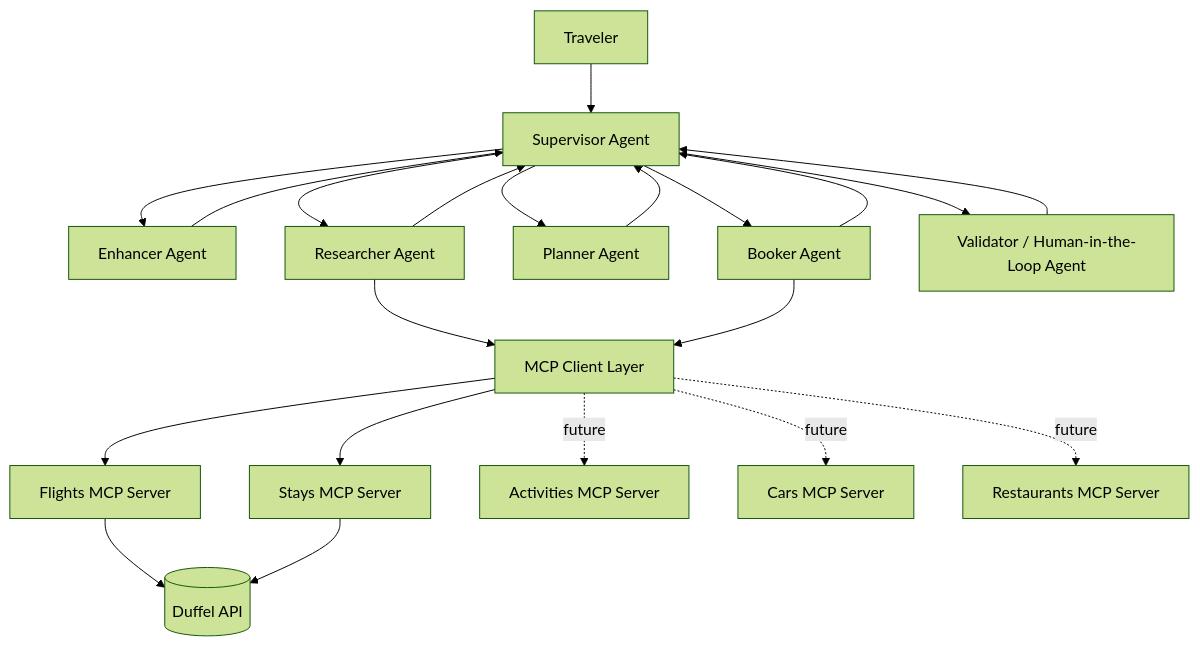
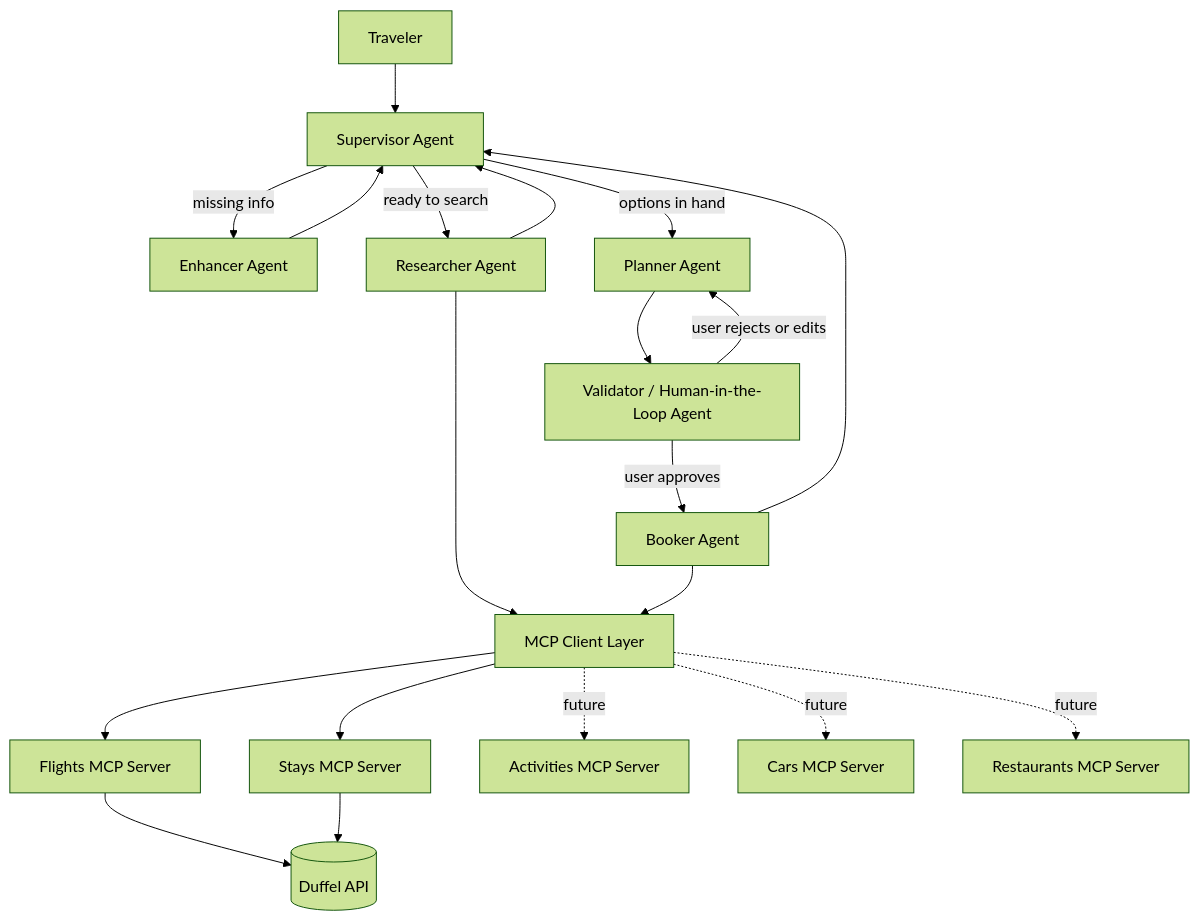
Before and after one commit to Minal18/ai-trip-planner-chatbot: the first of 3 diagrams in docs/architecture.md, drawn with Mermaid (forest theme). The commit also changed other lines of this file, not shown here.

Commit message:
Update architecture doc

````diff
--- a/docs/architecture.md
+++ b/docs/architecture.md
@@ -19,28 +19,29 @@
 ```mermaid
 graph TD
     User[Traveler] --> Supervisor[Supervisor Agent]
 
-    Supervisor --> Enhancer[Enhancer Agent]
-    Supervisor --> Researcher[Researcher Agent]
-    Supervisor --> Planner[Planner Agent]
-    Supervisor --> Booker[Booker Agent]
-    Supervisor --> Validator[Validator / Human-in-the-Loop Agent]
+    Supervisor -->|missing info| Enhancer[Enhancer Agent]
+    Supervisor -->|ready to search| Researcher[Researcher Agent]
+    Supervisor -->|options in hand| Planner[Planner Agent]
 
     Enhancer --> Supervisor
     Researcher --> Supervisor
-    Planner --> Supervisor
+    Planner --> Validator[Validator / Human-in-the-Loop Agent]
+
+    Validator -->|user rejects or edits| Planner
+    Validator -->|user approves| Booker[Booker Agent]
+
     Booker --> Supervisor
-    Validator --> Supervisor
 
     Researcher --> MCPClient[MCP Client Layer]
     Booker --> MCPClient
 
     MCPClient --> FlightsMCP[Flights MCP Server]
     MCPClient --> StaysMCP[Stays MCP Server]
     MCPClient -.future.-> ActivitiesMCP[Activities MCP Server]
     MCPClient -.future.-> CarsMCP[Cars MCP Server]
     MCPClient -.future.-> RestaurantsMCP[Restaurants MCP Server]
 
     FlightsMCP --> Duffel[(Duffel API)]
     StaysMCP --> Duffel
 ```
````
